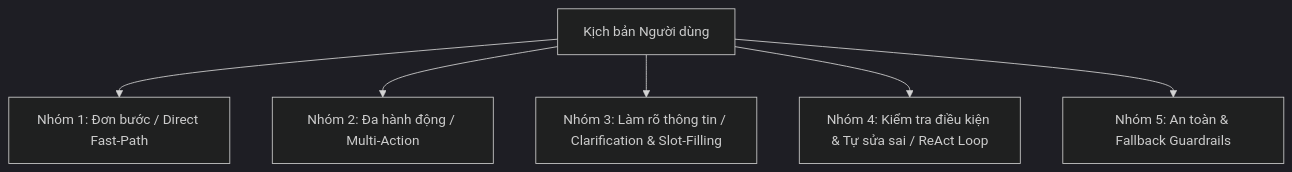
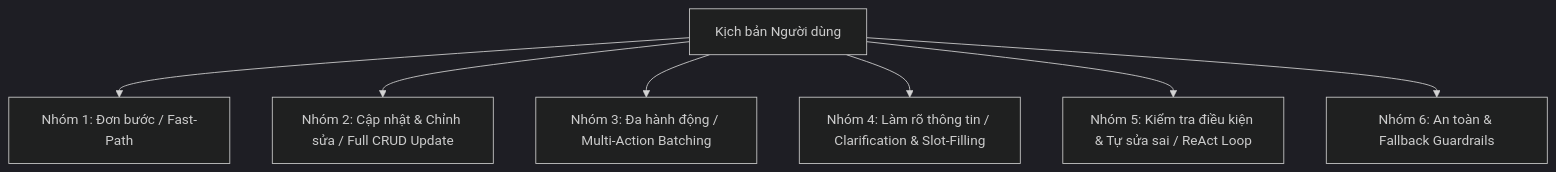
One commit to giakiet05/simo changed the second of 4 diagrams in docs/03_core_features/agent_execution_scenarios.md. Above: the diagram before and after it, drawn with Mermaid (dark theme). The commit also changed other lines of this file, not shown here.

Commit message:
docs(agent): supplement full CRUD update tools and execution scenarios

````diff
--- a/docs/03_core_features/agent_execution_scenarios.md
+++ b/docs/03_core_features/agent_execution_scenarios.md
@@ -64,8 +124,9 @@
 ```mermaid
 graph TD
-    A[Kịch bản Người dùng] --> B[Nhóm 1: Đơn bước / Direct Fast-Path]
-    A --> C[Nhóm 2: Đa hành động / Multi-Action]
-    A --> D[Nhóm 3: Làm rõ thông tin / Clarification & Slot-Filling]
-    A --> E[Nhóm 4: Kiểm tra điều kiện & Tự sửa sai / ReAct Loop]
-    A --> F[Nhóm 5: An toàn & Fallback Guardrails]
+    A[Kịch bản Người dùng] --> B[Nhóm 1: Đơn bước / Fast-Path]
+    A --> C[Nhóm 2: Cập nhật & Chỉnh sửa / Full CRUD Update]
+    A --> D[Nhóm 3: Đa hành động / Multi-Action Batching]
+    A --> E[Nhóm 4: Làm rõ thông tin / Clarification & Slot-Filling]
+    A --> F[Nhóm 5: Kiểm tra điều kiện & Tự sửa sai / ReAct Loop]
+    A --> G[Nhóm 6: An toàn & Fallback Guardrails]
 ```
````
